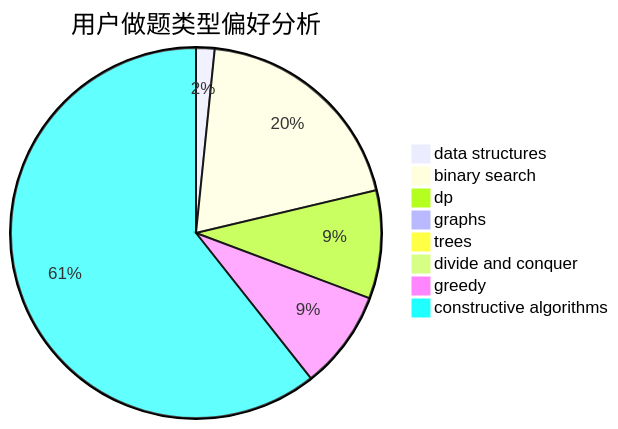
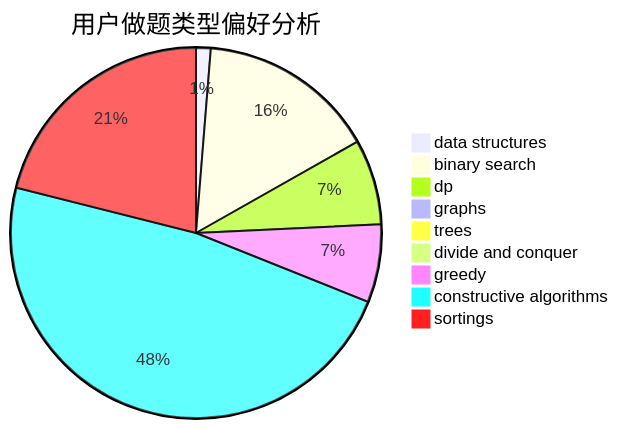
The second of 3 diagrams in docs/user/u1151.md (sherpahu/cfrs.github.io), drawn with Mermaid before and after one commit. The commit also changed other lines of this file and 2769 other files, not shown here.

````diff
--- a/docs/user/u1151.md
+++ b/docs/user/u1151.md
@@ -23,11 +18,12 @@
 ```mermaid
 pie title 用户做题类型偏好分析
     "data structures" :  6
     "binary search" :  73
     "dp" :  35
     "graphs" :  0
     "trees" :  0
     "divide and conquer" :  0
     "greedy" :  32
     "constructive algorithms" :  225
+    "sortings" :  99
 ```
````
